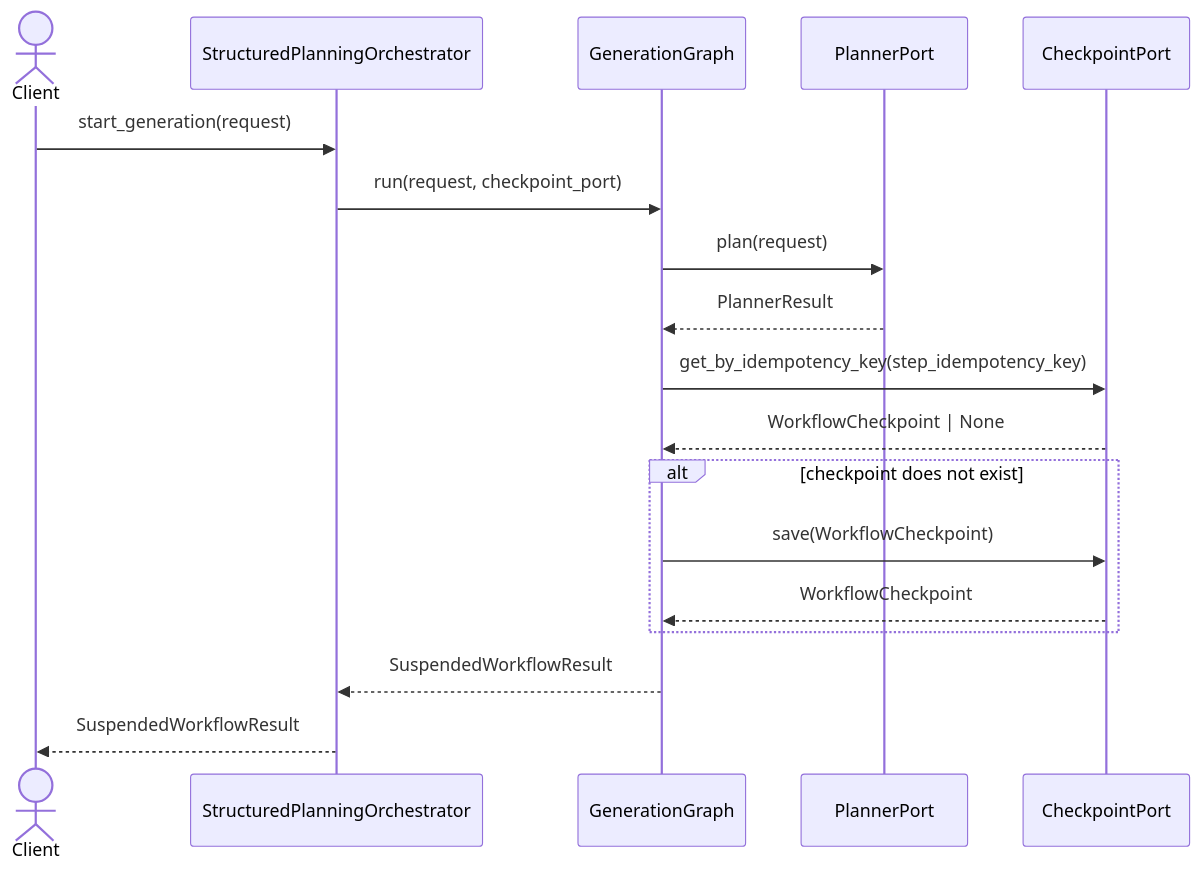
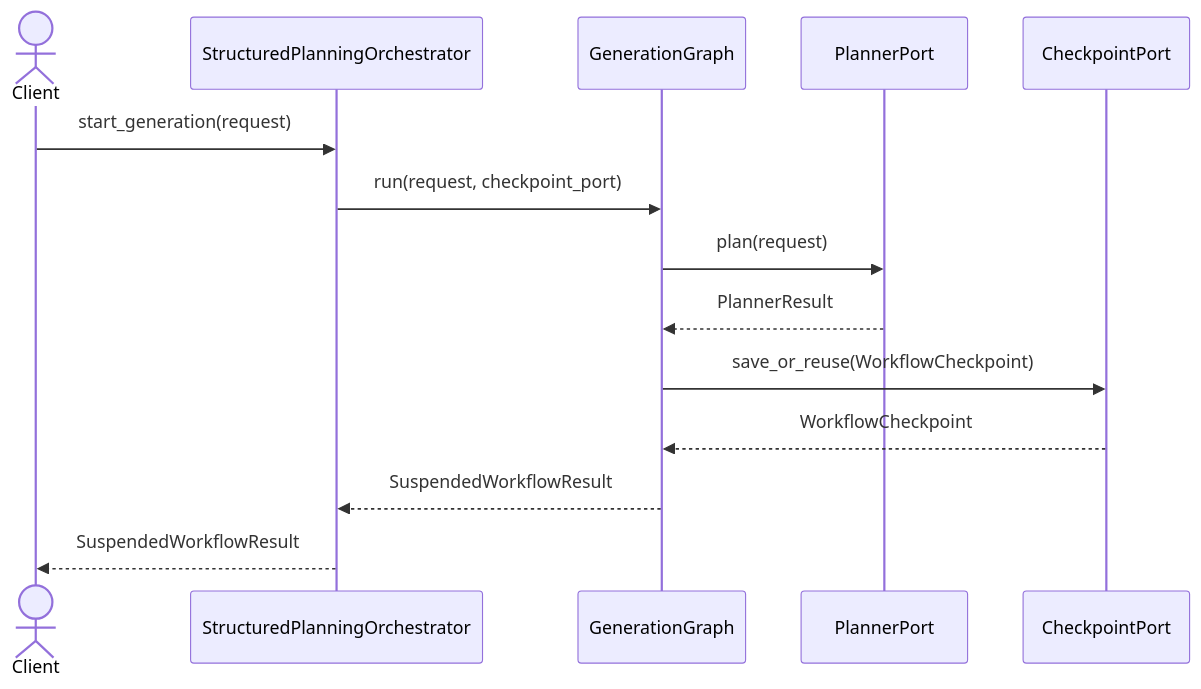
Before and after one commit to leynos/episodic: the third of 16 diagrams in docs/episodic-podcast-generation-system-design.md, drawn with Mermaid. The commit also changed 8 other files, not shown here.

First line of the commit message:
Make checkpoint save reuse explicit

````diff
--- a/docs/episodic-podcast-generation-system-design.md
+++ b/docs/episodic-podcast-generation-system-design.md
@@ -553,25 +553,20 @@
 ```mermaid
 sequenceDiagram
     actor Client
     participant Orchestrator as StructuredPlanningOrchestrator
     participant LangGraph as GenerationGraph
     participant Planner as PlannerPort
     participant Checkpoints as CheckpointPort
 
     Client->>Orchestrator: start_generation(request)
     Orchestrator->>LangGraph: run(request, checkpoint_port)
 
     LangGraph->>Planner: plan(request)
     Planner-->>LangGraph: PlannerResult
 
-    LangGraph->>Checkpoints: get_by_idempotency_key(step_idempotency_key)
-    Checkpoints-->>LangGraph: WorkflowCheckpoint | None
-
-    alt checkpoint does not exist
-        LangGraph->>Checkpoints: save(WorkflowCheckpoint)
-        Checkpoints-->>LangGraph: WorkflowCheckpoint
-    end
+    LangGraph->>Checkpoints: save_or_reuse(WorkflowCheckpoint)
+    Checkpoints-->>LangGraph: WorkflowCheckpoint
 
     LangGraph-->>Orchestrator: SuspendedWorkflowResult
     Orchestrator-->>Client: SuspendedWorkflowResult
 ```
````
